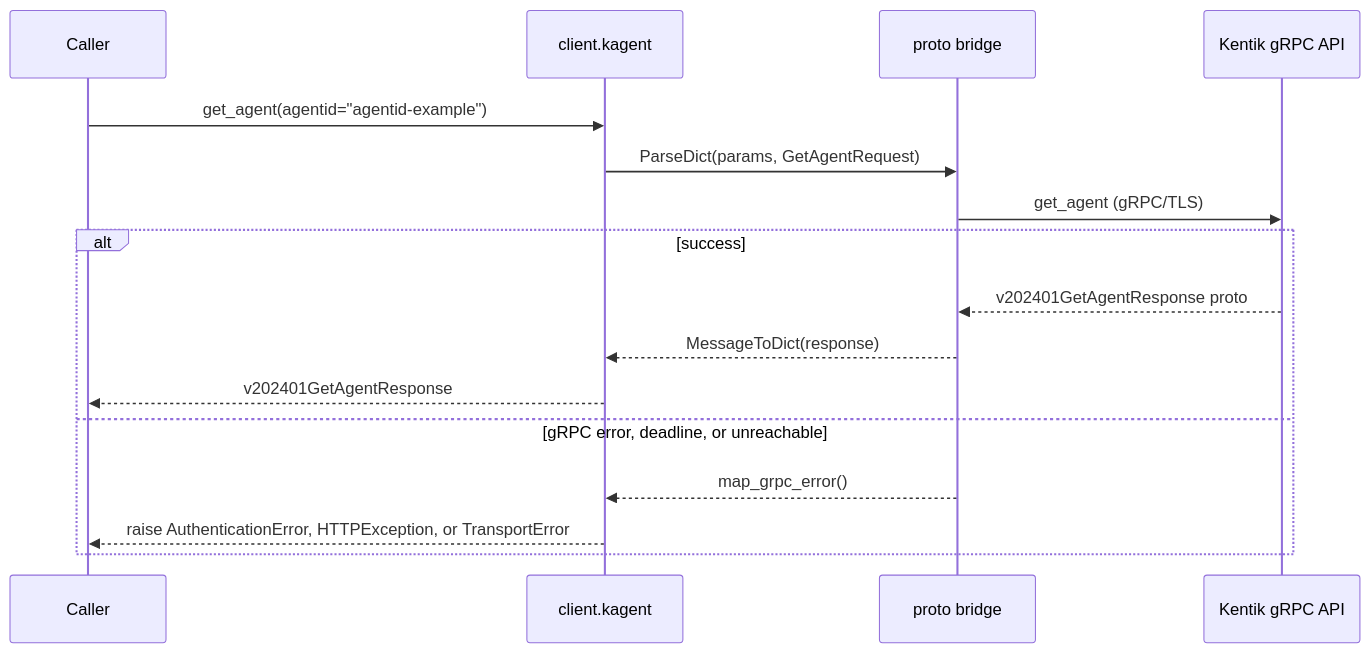
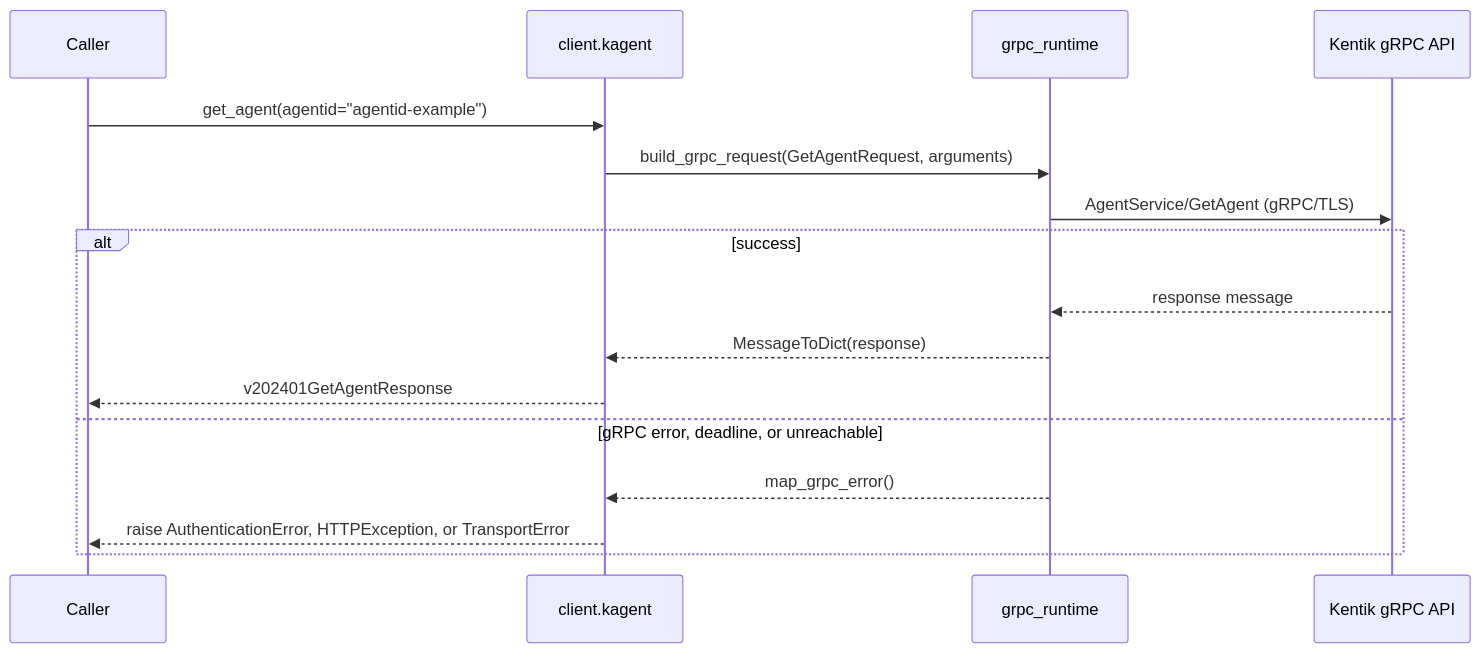
Diagram 11 of 58 in docs/sphinx/services/kagent.md (alexdearaujo/community_sdk_python), drawn with Mermaid before and after one commit. The commit also changed other lines of this file and 37 other files, not shown here.

First line of the commit message:
docs: show the real RPC in each service page's gRPC diagram

````diff
--- a/docs/sphinx/services/kagent.md
+++ b/docs/sphinx/services/kagent.md
@@ -366,19 +366,19 @@
 ```mermaid
 sequenceDiagram
     participant C as Caller
     participant W as client.kagent
-    participant B as proto bridge
+    participant R as grpc_runtime
     participant API as Kentik gRPC API
 
     C->>W: get_agent(agentid="agentid-example")
-    W->>B: ParseDict(params, GetAgentRequest)
-    B->>API: get_agent (gRPC/TLS)
+    W->>R: build_grpc_request(GetAgentRequest, arguments)
+    R->>API: AgentService/GetAgent (gRPC/TLS)
     alt success
-        API-->>B: v202401GetAgentResponse proto
-        B-->>W: MessageToDict(response)
+        API-->>R: response message
+        R-->>W: MessageToDict(response)
         W-->>C: v202401GetAgentResponse
     else gRPC error, deadline, or unreachable
-        B-->>W: map_grpc_error()
+        R-->>W: map_grpc_error()
         W-->>C: raise AuthenticationError, HTTPException, or TransportError
     end
 ```
````
